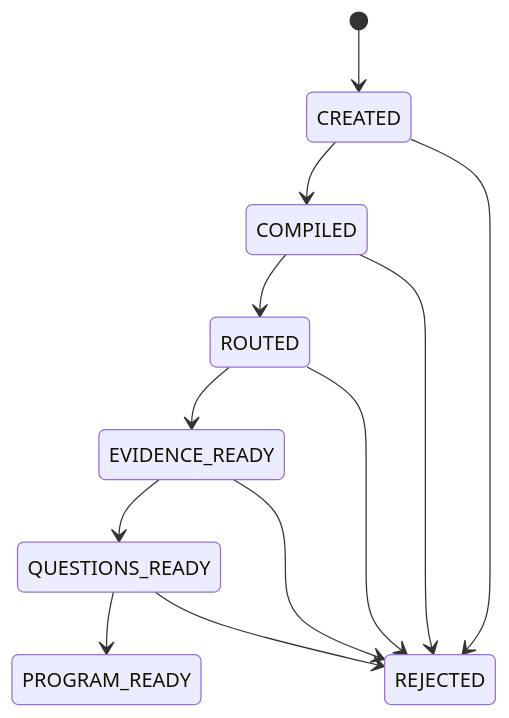
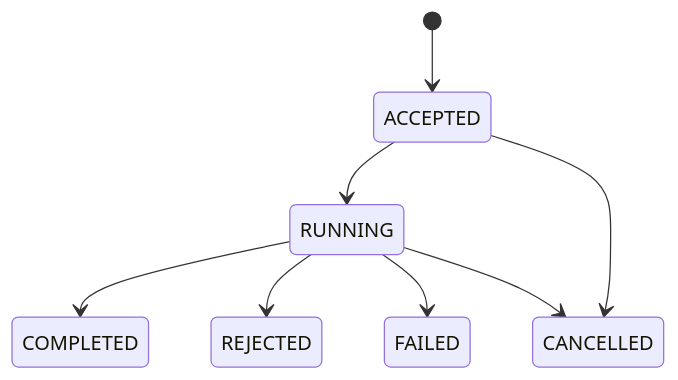
Before and after one commit to PJH-02/Alpha_factory: the second of 6 diagrams in docs/02_Architecture.md, drawn with Mermaid. The commit also changed other lines of this file and 19 other files, not shown here.

````diff
--- a/docs/02_Architecture.md
+++ b/docs/02_Architecture.md
@@ -279,14 +155,10 @@
 ```mermaid
 stateDiagram-v2
-    [*] --> CREATED
-    CREATED --> COMPILED
-    COMPILED --> ROUTED
-    ROUTED --> EVIDENCE_READY
-    EVIDENCE_READY --> QUESTIONS_READY
-    QUESTIONS_READY --> PROGRAM_READY
-    CREATED --> REJECTED
-    COMPILED --> REJECTED
-    ROUTED --> REJECTED
-    EVIDENCE_READY --> REJECTED
-    QUESTIONS_READY --> REJECTED
+    [*] --> ACCEPTED
+    ACCEPTED --> RUNNING
+    ACCEPTED --> CANCELLED
+    RUNNING --> COMPLETED
+    RUNNING --> REJECTED
+    RUNNING --> FAILED
+    RUNNING --> CANCELLED
 ```
````
